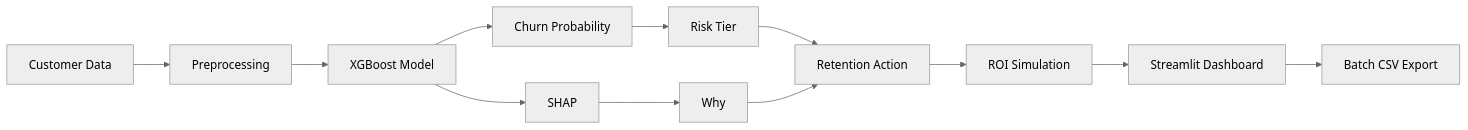
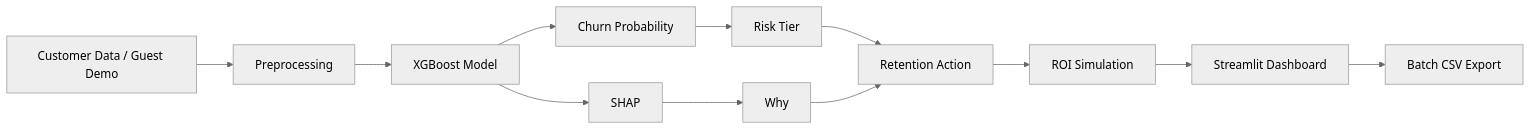
Before and after one commit to Piyu242005/Customer-Churn-Prediction-Action-System: the diagram in README.md, drawn with Mermaid (neutral theme). The commit also changed other lines of this file, not shown here.

Commit message:
docs: document guest demo mode

````diff
--- a/README.md
+++ b/README.md
@@ -114,14 +98,14 @@
 ```mermaid
 graph LR
-    D[Customer Data] --> P[Preprocessing]
+    D[Customer Data / Guest Demo] --> P[Preprocessing]
     P --> M[XGBoost Model]
     M --> R[Churn Probability]
     M --> S[SHAP]
     R --> T[Risk Tier]
     S --> W[Why]
     T --> A[Retention Action]
     W --> A
     A --> ROI[ROI Simulation]
     ROI --> UI[Streamlit Dashboard]
     UI --> CSV[Batch CSV Export]
 ```
````
